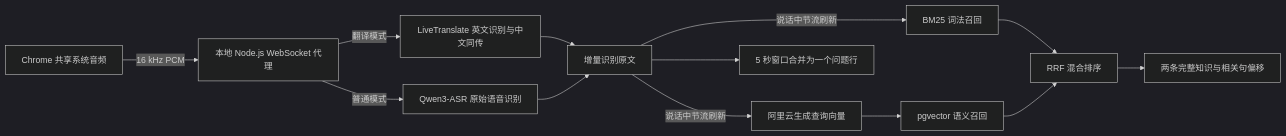
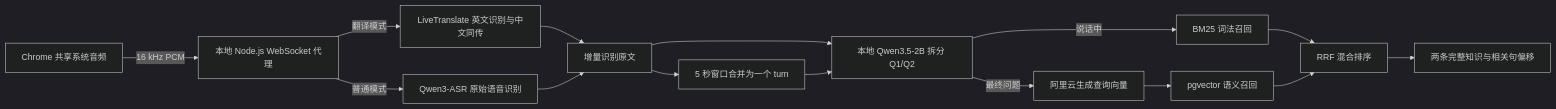
The diagram in README.md (candy-Tong/interview-knowledge-radar), drawn with Mermaid (dark theme) before and after one commit. The commit also changed other lines of this file and 25 other files, not shown here.

````diff
--- a/README.md
+++ b/README.md
@@ -20,15 +21,17 @@
 ```mermaid
 flowchart LR
   A[Chrome 共享系统音频] -->|16 kHz PCM| B[本地 Node.js WebSocket 代理]
   B -->|翻译模式| C[LiveTranslate 英文识别与中文同传]
   B -->|普通模式| J[Qwen3-ASR 原始语音识别]
   C --> K[增量识别原文]
   J --> K
-  K -->|说话中节流刷新| E[BM25 词法召回]
-  K -->|说话中节流刷新| F[阿里云生成查询向量]
-  K --> D[5 秒窗口合并为一个问题行]
+  K --> L[本地 Qwen3.5-2B 拆分 Q1/Q2]
+  L -->|说话中| E[BM25 词法召回]
+  K --> D[5 秒窗口合并为一个 turn]
+  D --> L
+  L -->|最终问题| F[阿里云生成查询向量]
   F --> G[pgvector 语义召回]
   E --> H[RRF 混合排序]
   G --> H
   H --> I[两条完整知识与相关句偏移]
 ```
````
